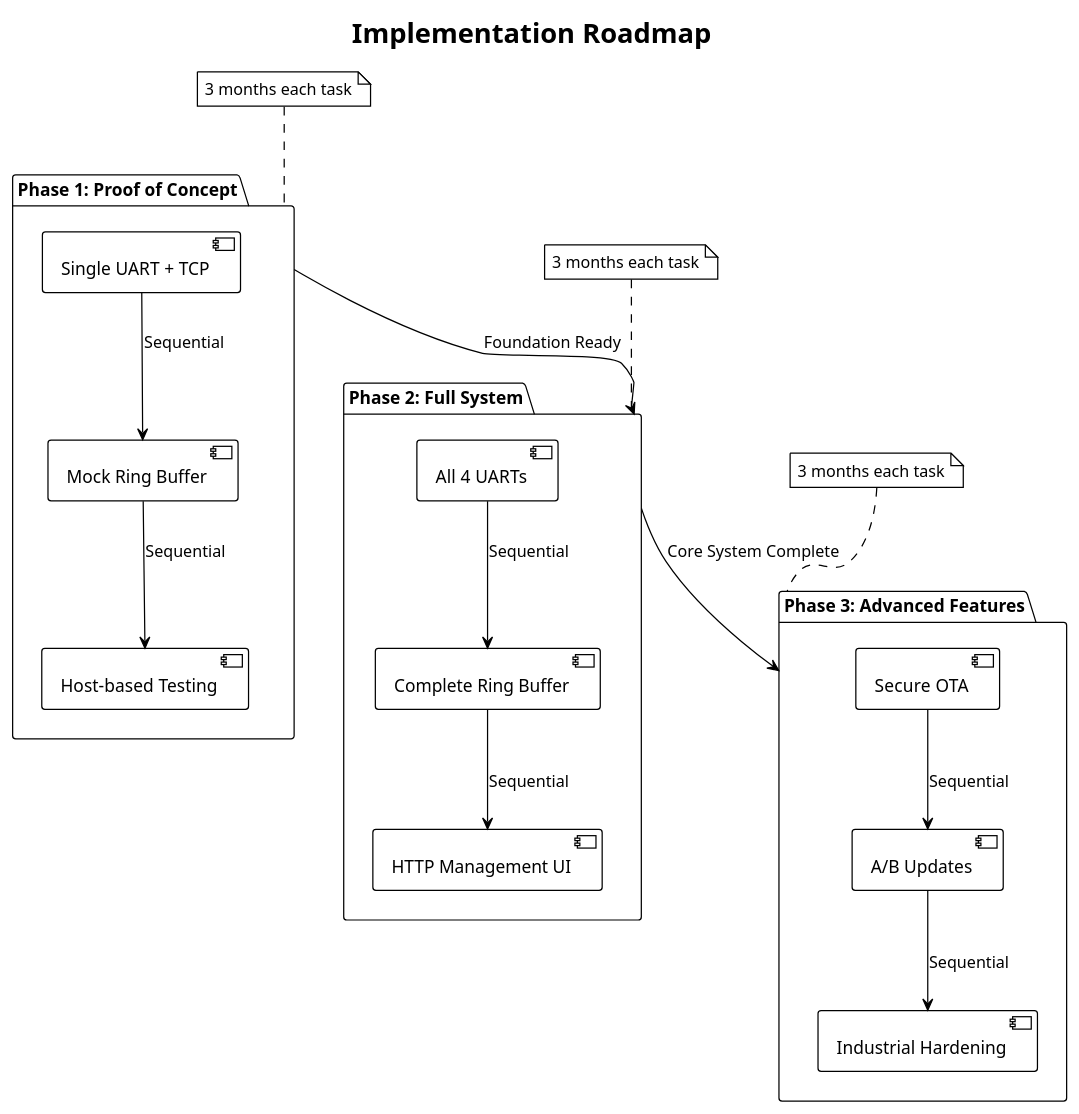
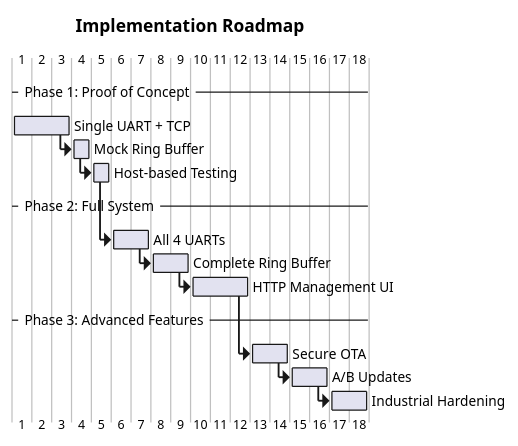
One commit to haxorsebb/UART2ETH changed the third of 3 diagrams in docs/arc42/src/04_solution_strategy.adoc. Above: the diagram before and after it, drawn with PlantUML. The commit also changed 2 other files, not shown here.

Commit message:
Fix PlantUML Gantt syntax in chapter 4 implementation roadmap
Replaced component diagram with proper Gantt chart using correct PlantUML syntax:
- Uses @startgantt/@endgantt instead of robust diagram syntax
- Tasks defined with 'requires X days' format
- Sequential flow using 'then' keyword
- Phase separators using '-- Phase Name --' format
- Realistic 18-day development timeline (3+1+1+2+2+3+2+2+2 days)
- Foundation task gets appropriate time allocation (3 days for Single UART + TCP)

Build tested successfully: BUILD SUCCESSFUL in 35s
Parser error resolved - no more PlantUML preprocessing failures.

```diff
--- a/docs/arc42/src/04_solution_strategy.adoc
+++ b/docs/arc42/src/04_solution_strategy.adoc
@@ -392,41 +392,22 @@
 [plantuml, implementation-phases, svg]
 ----
-@startuml
-!theme plain
-skinparam backgroundColor transparent
-
+@startgantt
 title Implementation Roadmap
 
-package "Phase 1: Proof of Concept" as P1 {
-    component [Single UART + TCP] as P1_1
-    component [Mock Ring Buffer] as P1_2
-    component [Host-based Testing] as P1_3
-}
+-- Phase 1: Proof of Concept --
+[Single UART + TCP] requires 3 days
+then [Mock Ring Buffer] requires 1 day  
+then [Host-based Testing] requires 1 day
 
-package "Phase 2: Full System" as P2 {
-    component [All 4 UARTs] as P2_1
-    component [Complete Ring Buffer] as P2_2
-    component [HTTP Management UI] as P2_3
-}
+-- Phase 2: Full System --
+then [All 4 UARTs] requires 2 days
+then [Complete Ring Buffer] requires 2 days
+then [HTTP Management UI] requires 3 days
 
-package "Phase 3: Advanced Features" as P3 {
-    component [Secure OTA] as P3_1
-    component [A/B Updates] as P3_2
-    component [Industrial Hardening] as P3_3
-}
+-- Phase 3: Advanced Features --
+then [Secure OTA] requires 2 days
+then [A/B Updates] requires 2 days
+then [Industrial Hardening] requires 2 days
 
-P1_1 --> P1_2 : Sequential
-P1_2 --> P1_3 : Sequential
-P1 --> P2 : Foundation Ready
-P2_1 --> P2_2 : Sequential
-P2_2 --> P2_3 : Sequential
-P2 --> P3 : Core System Complete
-P3_1 --> P3_2 : Sequential
-P3_2 --> P3_3 : Sequential
-
-note top of P1 : 3 months each task
-note top of P2 : 3 months each task  
-note top of P3 : 3 months each task
-
-@enduml
+@endgantt
 ----
```
